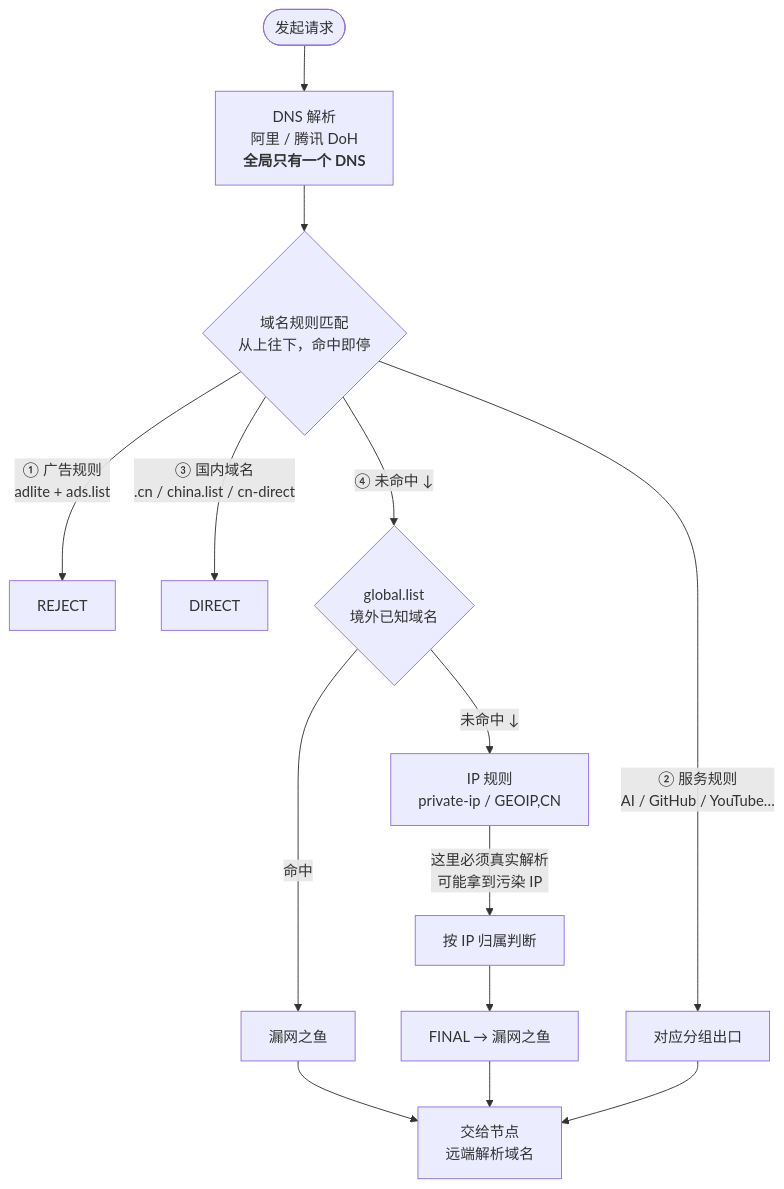
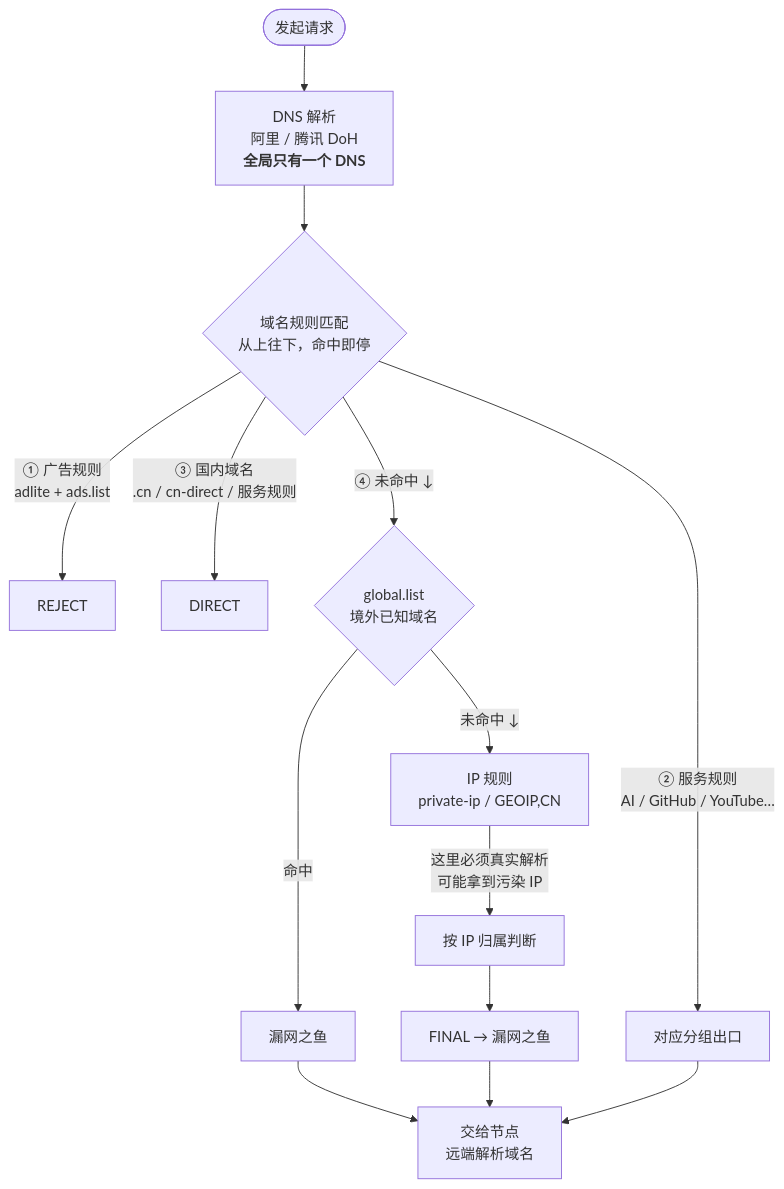
Before and after one commit to chaojiman/sr-rules: the first of 3 diagrams in README.md, drawn with Mermaid. The commit also changed 7 other files, not shown here.

First line of the commit message:
refactor(shadowrocket): fold inline rules into rule sets, drop china.list

````diff
--- a/README.md
+++ b/README.md
@@ -76,19 +76,19 @@
 ```mermaid
 flowchart TD
     A([发起请求]) --> B["DNS 解析<br/>阿里 / 腾讯 DoH<br/><b>全局只有一个 DNS</b>"]
     B --> C{"域名规则匹配<br/>从上往下，命中即停"}
 
     C -->|"① 广告规则<br/>adlite + ads.list"| R1[REJECT]
     C -->|"② 服务规则<br/>AI / GitHub / YouTube…"| R2[对应分组出口]
-    C -->|"③ 国内域名<br/>.cn / china.list / cn-direct"| R3[DIRECT]
+    C -->|"③ 国内域名<br/>.cn / cn-direct / 服务规则"| R3[DIRECT]
     C -->|"④ 未命中 ↓"| D{"global.list<br/>境外已知域名"}
 
     D -->|命中| P1[漏网之鱼]
     D -->|"未命中 ↓"| E["IP 规则<br/>private-ip / GEOIP,CN"]
     E -->|"这里必须真实解析<br/>可能拿到污染 IP"| F[按 IP 归属判断]
     F --> G[FINAL → 漏网之鱼]
 
     P1 --> H["交给节点<br/>远端解析域名"]
     G --> H
     R2 --> H
 ```
````
